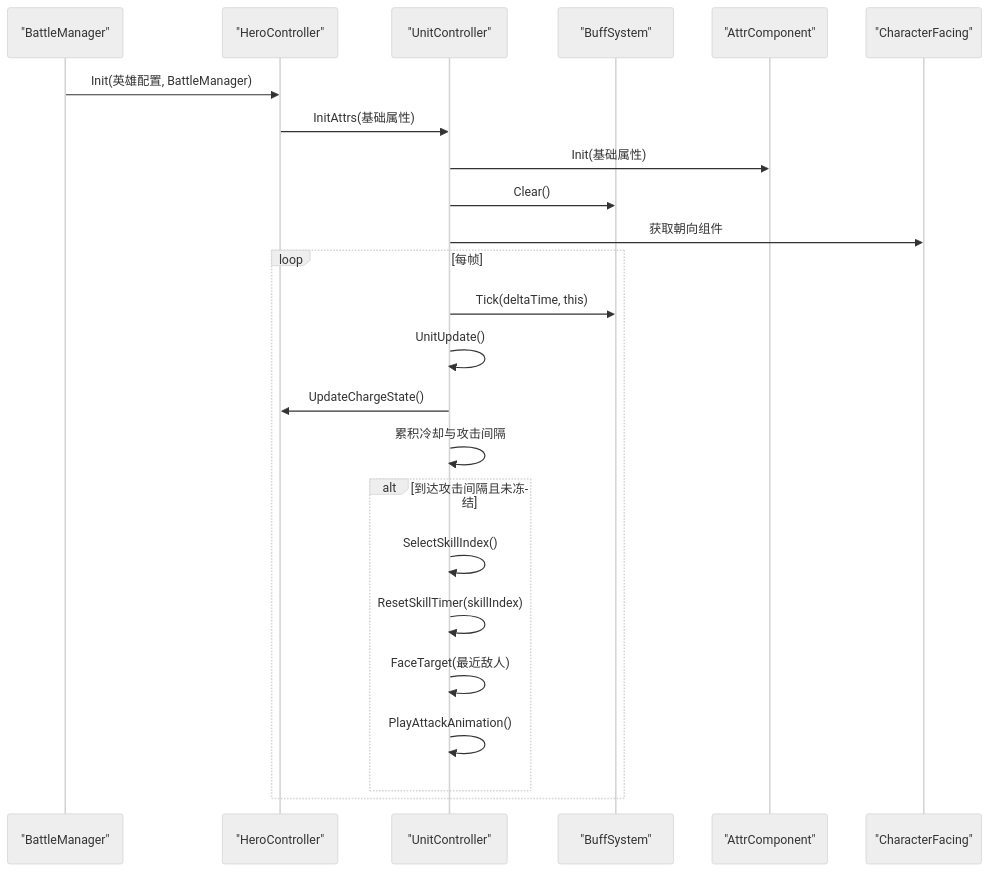
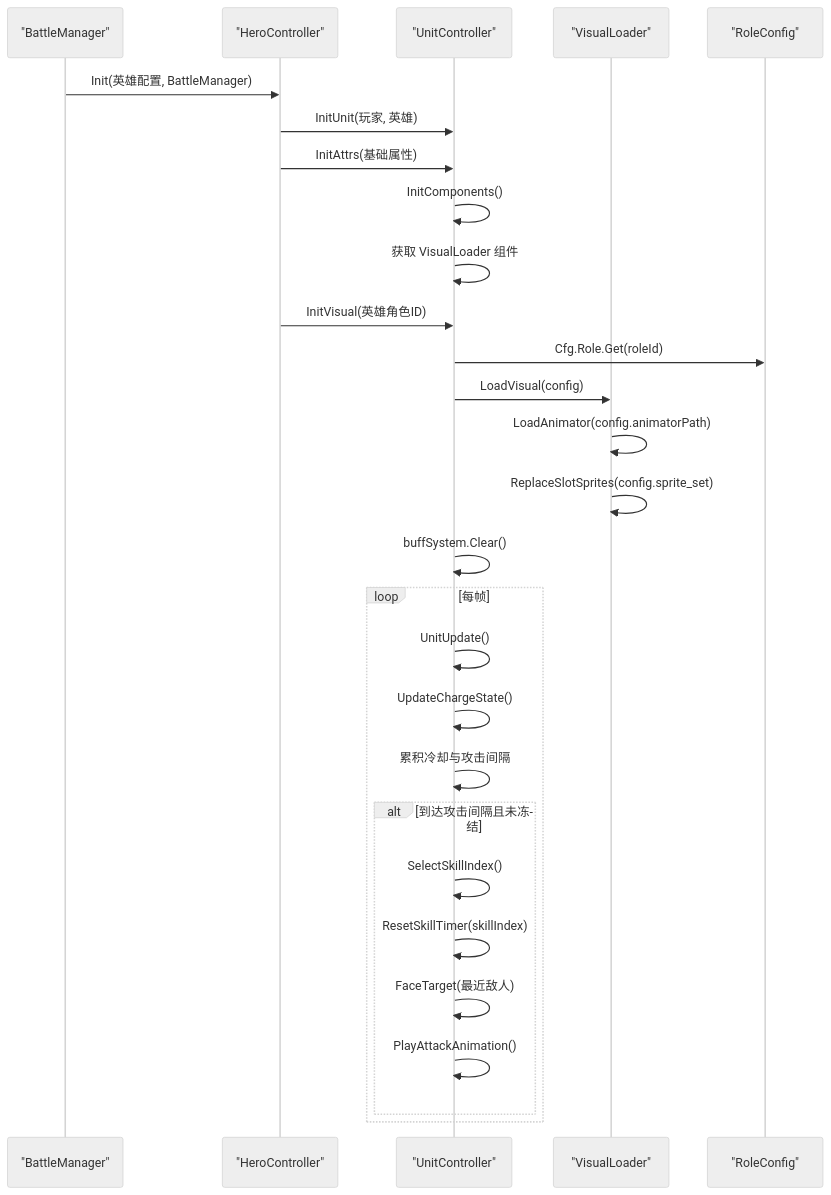
The third of 7 diagrams in .qoder/repowiki/zh/content/战斗系统/角色控制器/角色控制器.md (Tuusen/p1_client), drawn with Mermaid (neutral theme) before and after one commit. The commit also changed other lines of this file and 5 other files, not shown here.

````diff
--- a/.qoder/repowiki/zh/content/战斗系统/角色控制器/角色控制器.md
+++ b/.qoder/repowiki/zh/content/战斗系统/角色控制器/角色控制器.md
@@ -247,26 +304,30 @@
 ```mermaid
 sequenceDiagram
 participant BM as "BattleManager"
 participant HC as "HeroController"
 participant UC as "UnitController"
-participant BS as "BuffSystem"
-participant AC as "AttrComponent"
-participant CF as "CharacterFacing"
+participant VL as "VisualLoader"
+participant RC as "RoleConfig"
 BM->>HC : Init(英雄配置, BattleManager)
+HC->>UC : InitUnit(玩家, 英雄)
 HC->>UC : InitAttrs(基础属性)
-UC->>AC : Init(基础属性)
-UC->>BS : Clear()
-UC->>CF : 获取朝向组件
+UC->>UC : InitComponents()
+UC->>UC : 获取 VisualLoader 组件
+HC->>UC : InitVisual(英雄角色ID)
+UC->>RC : Cfg.Role.Get(roleId)
+UC->>VL : LoadVisual(config)
+VL->>VL : LoadAnimator(config.animatorPath)
+VL->>VL : ReplaceSlotSprites(config.sprite_set)
+UC->>UC : buffSystem.Clear()
 loop 每帧
-UC->>BS : Tick(deltaTime, this)
 UC->>UC : UnitUpdate()
-UC->>HC : UpdateChargeState()
+UC->>UC : UpdateChargeState()
 UC->>UC : 累积冷却与攻击间隔
 alt 到达攻击间隔且未冻结
 UC->>UC : SelectSkillIndex()
 UC->>UC : ResetSkillTimer(skillIndex)
 UC->>UC : FaceTarget(最近敌人)
 UC->>UC : PlayAttackAnimation()
 end
 end
 ```
````
